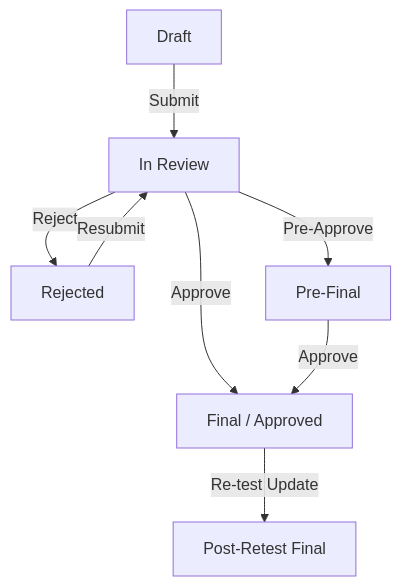
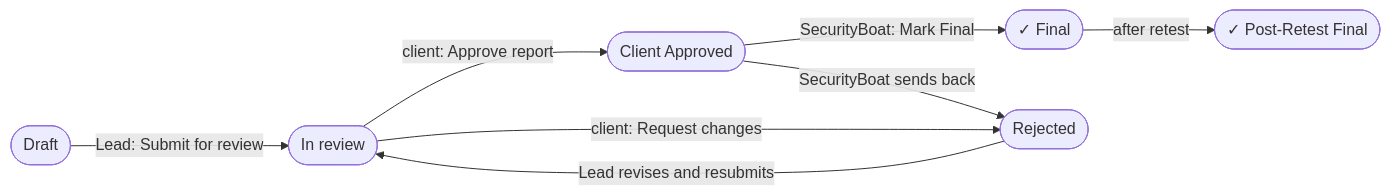
Before and after one commit to Securityboat/SB1-Knowladge-Base-: the diagram in docs/researcher/engagements/detail/reports.md, drawn with Mermaid. The commit also changed other lines of this file and 181 other files, not shown here.

````diff
--- a/docs/researcher/engagements/detail/reports.md
+++ b/docs/researcher/engagements/detail/reports.md
@@ -16,10 +16,10 @@
 ```mermaid
-graph TD
-    Draft[Draft] -->|Submit| InReview[In Review]
-    InReview -->|Reject| Rejected[Rejected]
-    Rejected -->|Resubmit| InReview
-    InReview -->|Pre-Approve| PreFinal[Pre-Final]
-    InReview -->|Approve| Final[Final / Approved]
-    PreFinal -->|Approve| Final
-    Final -->|Re-test Update| PostRetest[Post-Retest Final]
+flowchart LR
+    D([Draft]) -->|Lead: Submit for review| IR([In review])
+    IR -->|client: Approve report| CA([Client Approved])
+    IR -->|client: Request changes| RJ([Rejected])
+    RJ -->|Lead revises and resubmits| IR
+    CA -->|SecurityBoat: Mark Final| F([✓ Final])
+    CA -->|SecurityBoat sends back| RJ
+    F -->|after retest| PR([✓ Post-Retest Final])
 ```
````
